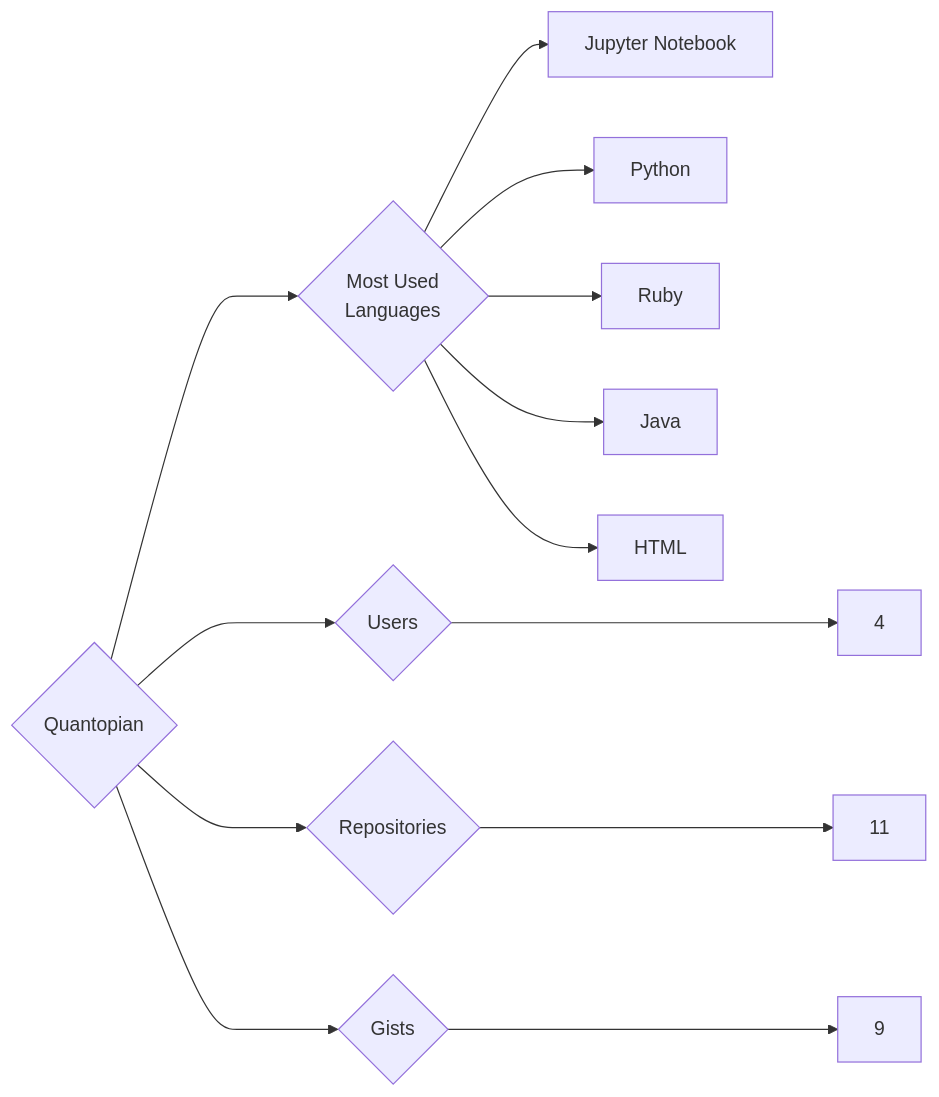
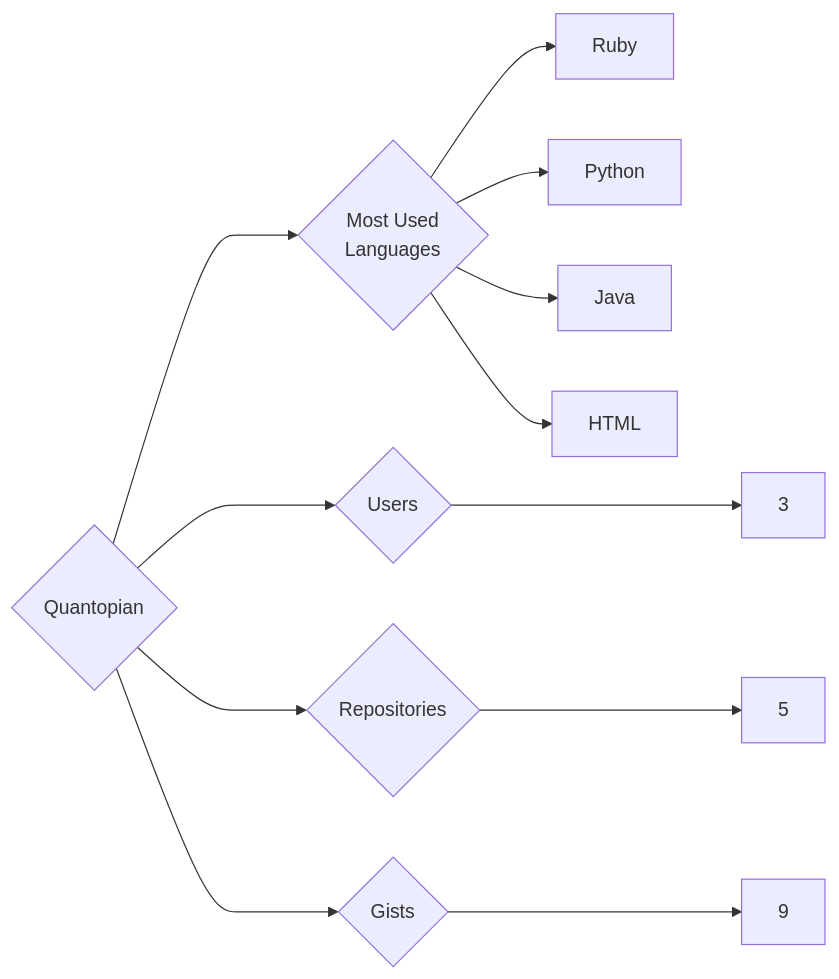
The diagram in targets/Quantopian/README.md (trickest/insiders), drawn with Mermaid before and after one commit. The commit also changed 725 other files, not shown here.

````diff
--- a/targets/Quantopian/README.md
+++ b/targets/Quantopian/README.md
@@ -3,13 +3,12 @@
 ```mermaid
 graph LR
 COMPANY_NAME{Quantopian}
-COMPANY_NAME ---> U{Users} ---> UN[4]
-COMPANY_NAME ---> R{Repositories} ---> RN[11]
+COMPANY_NAME ---> U{Users} ---> UN[3]
+COMPANY_NAME ---> R{Repositories} ---> RN[5]
 COMPANY_NAME ---> G{Gists} ---> GN[9]
 COMPANY_NAME ---> ML{Most Used<br>Languages}
-ML --> Jupyter_Notebook[Jupyter Notebook]
+ML --> Ruby[Ruby]
 ML --> Python[Python]
-ML --> Ruby[Ruby]
 ML --> Java[Java]
 ML --> HTML[HTML]
 ```
````
